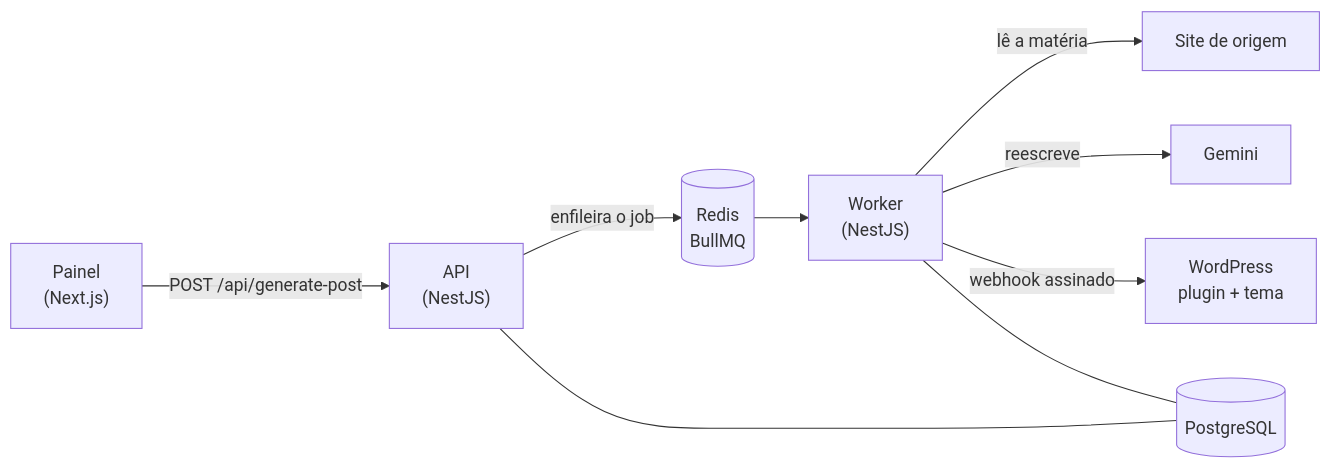
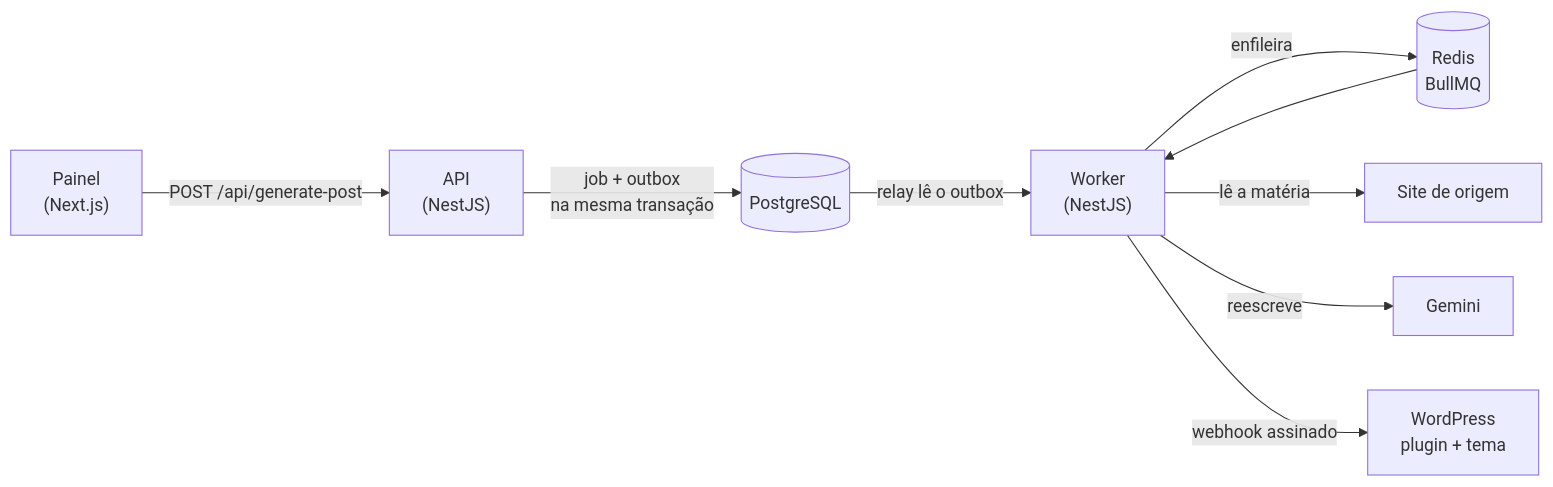
Before and after one commit to DiguinhoLNS/project-news-dashboard: the diagram in README.md, drawn with Mermaid. The commit also changed other lines of this file and 20 other files, not shown here.

First line of the commit message:
feat: implement outbox pattern for job processing

````diff
--- a/README.md
+++ b/README.md
@@ -16,11 +16,11 @@
 ```mermaid
 flowchart LR
     painel["Painel<br/>(Next.js)"] -->|POST /api/generate-post| api["API<br/>(NestJS)"]
-    api -->|enfileira o job| redis[("Redis<br/>BullMQ")]
-    redis --> worker["Worker<br/>(NestJS)"]
+    api -->|job + outbox<br/>na mesma transação| pg[("PostgreSQL")]
+    pg -->|relay lê o outbox| worker["Worker<br/>(NestJS)"]
+    worker -->|enfileira| redis[("Redis<br/>BullMQ")]
+    redis --> worker
     worker -->|lê a matéria| fonte["Site de origem"]
     worker -->|reescreve| gemini["Gemini"]
     worker -->|webhook assinado| wp["WordPress<br/>plugin + tema"]
-    api --- pg[("PostgreSQL")]
-    worker --- pg
 ```
````
